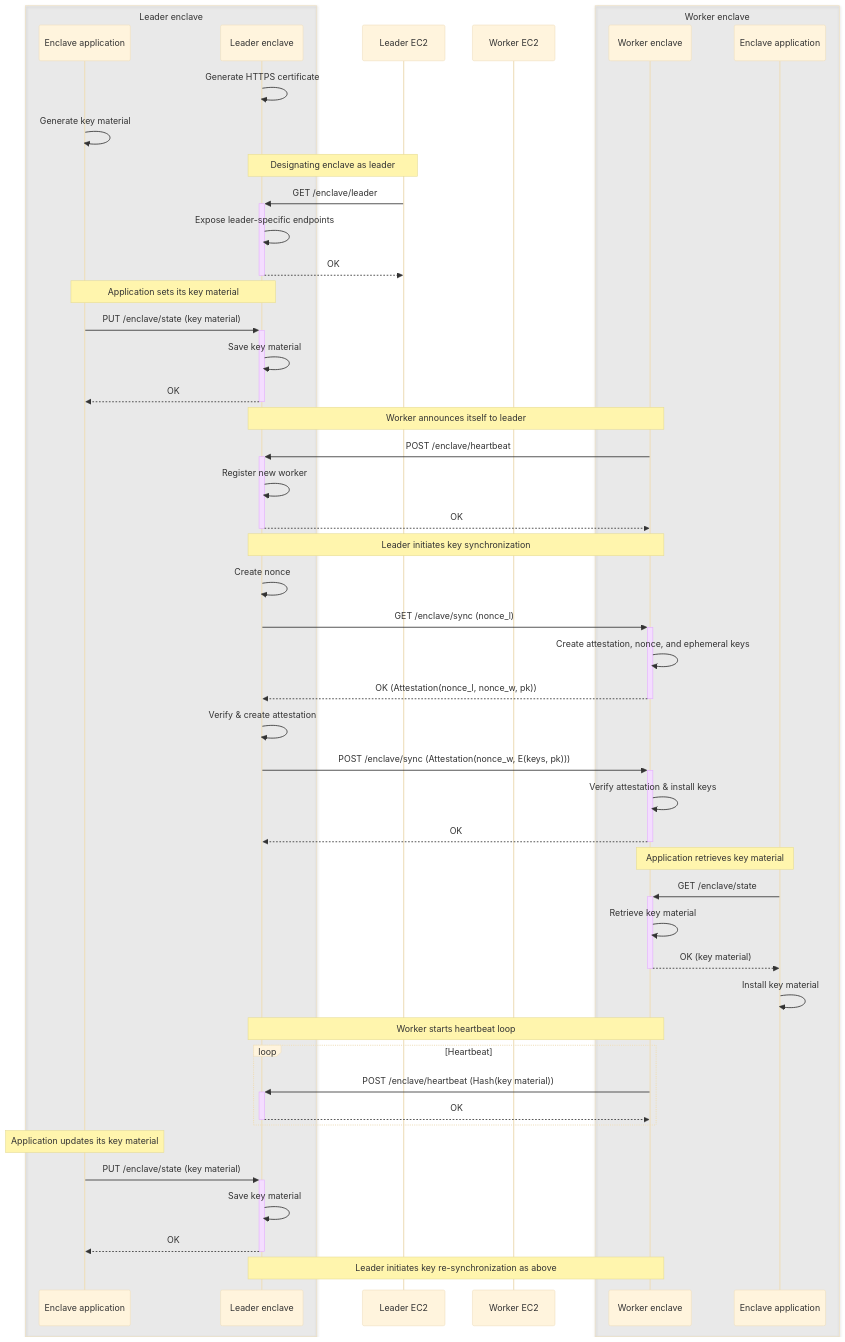
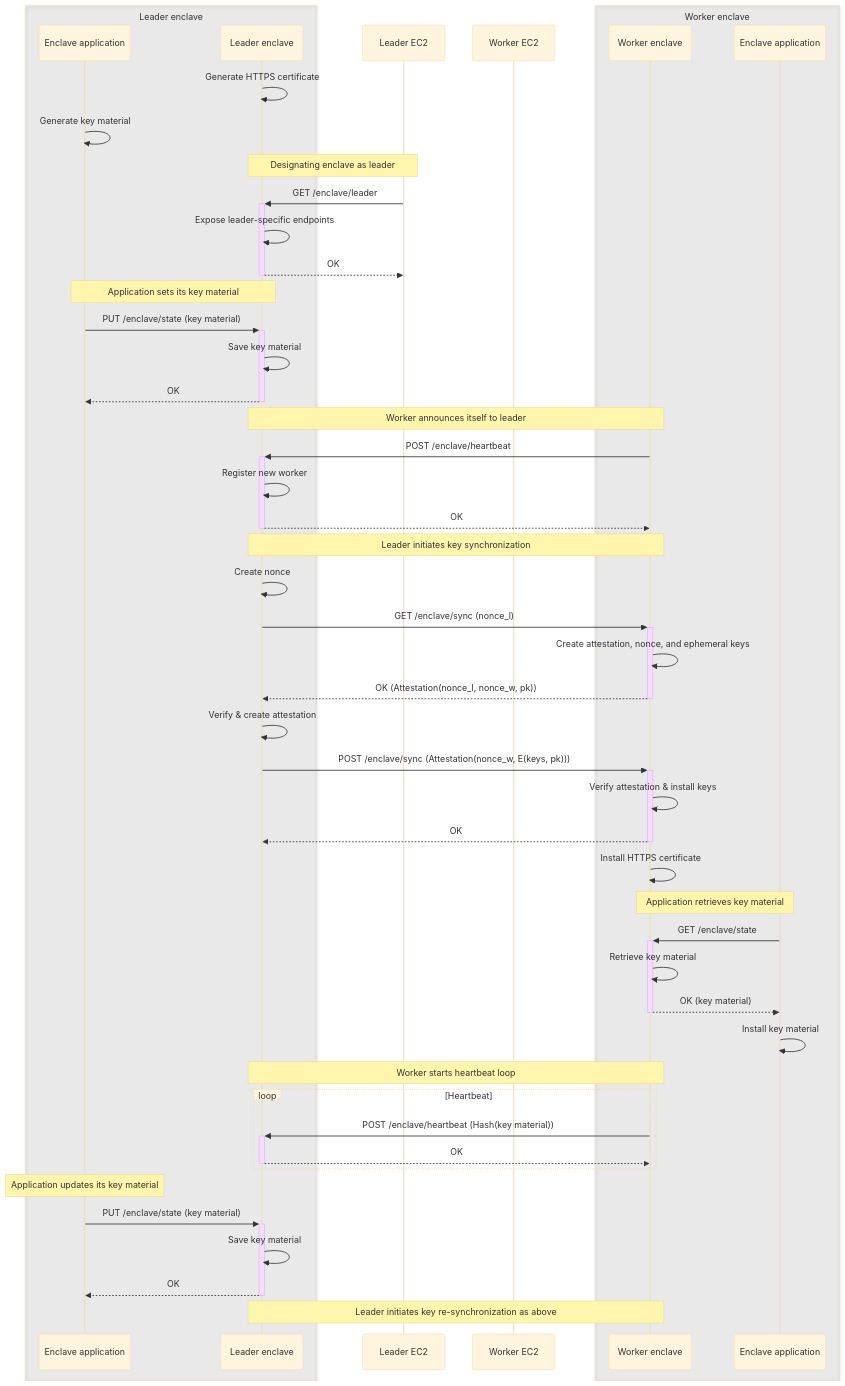
One commit to brave/nitriding-daemon changed the diagram in doc/key-synchronization.md. Above: the diagram before and after it, drawn with Mermaid (base theme).

Commit message:
Add installation of HTTPS certificate.

````diff
--- a/doc/key-synchronization.md
+++ b/doc/key-synchronization.md
@@ -82,62 +82,64 @@
 ```mermaid
 sequenceDiagram
   box rgba(100, 100, 100, .1) Leader enclave
   participant leaderApp as Enclave application
   participant leader as Leader enclave
   end
   participant leaderEC2 as Leader EC2
   participant workerEC2 as Worker EC2
   box rgba(100, 100, 100, .1) Worker enclave
   participant worker as Worker enclave
   participant workerApp as Enclave application
   end
 
 leader->>leader: Generate HTTPS certificate
 leaderApp->>leaderApp: Generate key material
 
 Note over leader,leaderEC2: Designating enclave as leader
 leaderEC2->>+leader: GET /enclave/leader
 leader->>leader: Expose leader-specific endpoints
 leader-->>-leaderEC2: OK
 
 Note over leaderApp,leader: Application sets its key material
 leaderApp->>+leader: PUT /enclave/state (key material)
 leader->>leader: Save key material
 leader-->>-leaderApp: OK
 
 Note over leader,worker: Worker announces itself to leader
 worker->>+leader: POST /enclave/heartbeat
 leader->>leader: Register new worker
 leader-->>-worker: OK
 
 Note over leader,worker: Leader initiates key synchronization
 leader->>leader: Create nonce
 leader->>+worker: GET /enclave/sync (nonce_l)
 worker->>worker: Create attestation, nonce, and ephemeral keys
 worker-->>-leader: OK (Attestation(nonce_l, nonce_w, pk))
 
 leader->>leader: Verify & create attestation
 leader->>+worker: POST /enclave/sync (Attestation(nonce_w, E(keys, pk)))
 worker->>worker: Verify attestation & install keys
 worker-->>-leader: OK
 
+worker->>worker: Install HTTPS certificate
+
 Note over worker,workerApp: Application retrieves key material
 workerApp->>+worker: GET /enclave/state
 worker->>worker: Retrieve key material
 worker-->>-workerApp: OK (key material)
 workerApp->>workerApp: Install key material
 
 Note over leader, worker: Worker starts heartbeat loop
 
 loop Heartbeat
   worker->>+leader: POST /enclave/heartbeat (Hash(key material))
   leader-->>-worker: OK
 end
 
 Note over leaderApp: Application updates its key material
 leaderApp->>+leader: PUT /enclave/state (key material)
 leader->>leader: Save key material
 leader-->>-leaderApp: OK
 
 note over leader,worker: Leader initiates key re-synchronization as above
 ```
````
